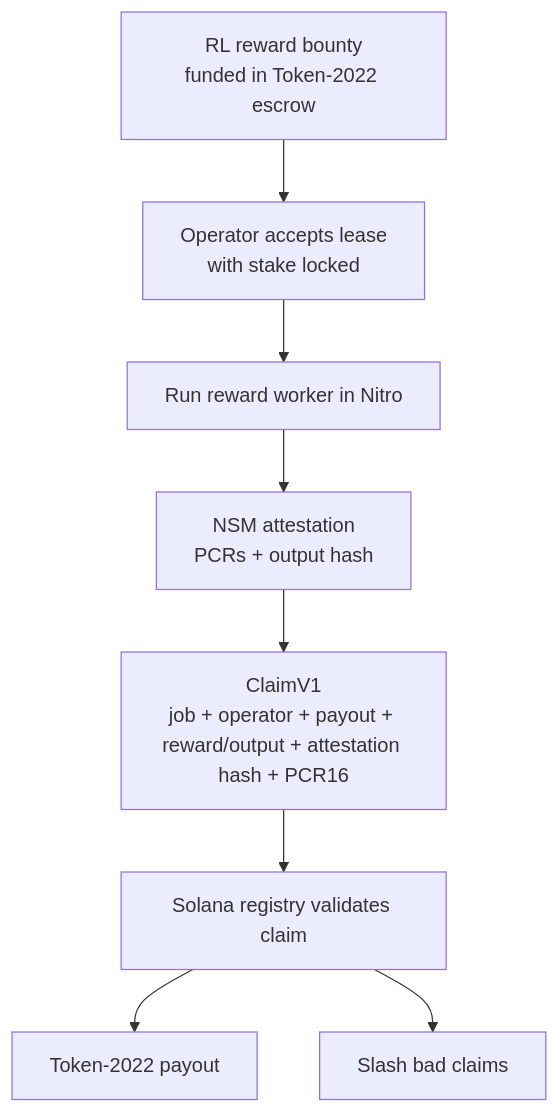
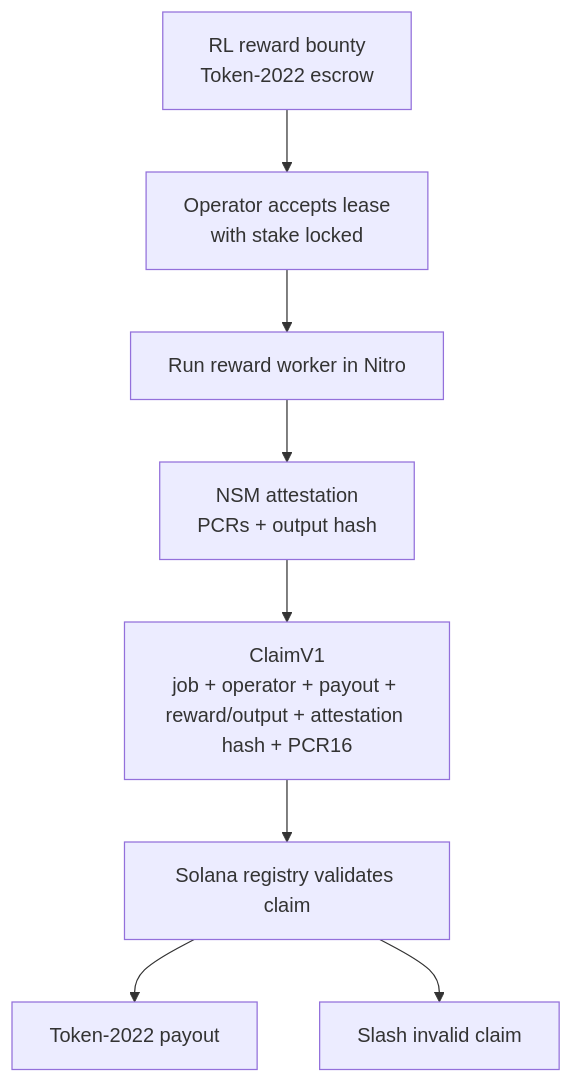
The eighth of 13 diagrams in why.md (arakoodev/SolRL), drawn with Mermaid before and after one commit. The commit also changed other lines of this file, not shown here.

````diff
--- a/why.md
+++ b/why.md
@@ -191,10 +201,10 @@
 ```mermaid
 flowchart TD
-    Bounty["RL reward bounty<br/>funded in Token-2022 escrow"] --> Lease["Operator accepts lease<br/>with stake locked"]
+    Bounty["RL reward bounty<br/>Token-2022 escrow"] --> Lease["Operator accepts lease<br/>with stake locked"]
     Lease --> Nitro["Run reward worker in Nitro"]
     Nitro --> Attest["NSM attestation<br/>PCRs + output hash"]
     Attest --> Claim["ClaimV1<br/>job + operator + payout + reward/output + attestation hash + PCR16"]
     Claim --> Registry["Solana registry validates claim"]
     Registry --> Pay["Token-2022 payout"]
-    Registry --> Slash["Slash bad claims"]
+    Registry --> Slash["Slash invalid claim"]
 ```
````
